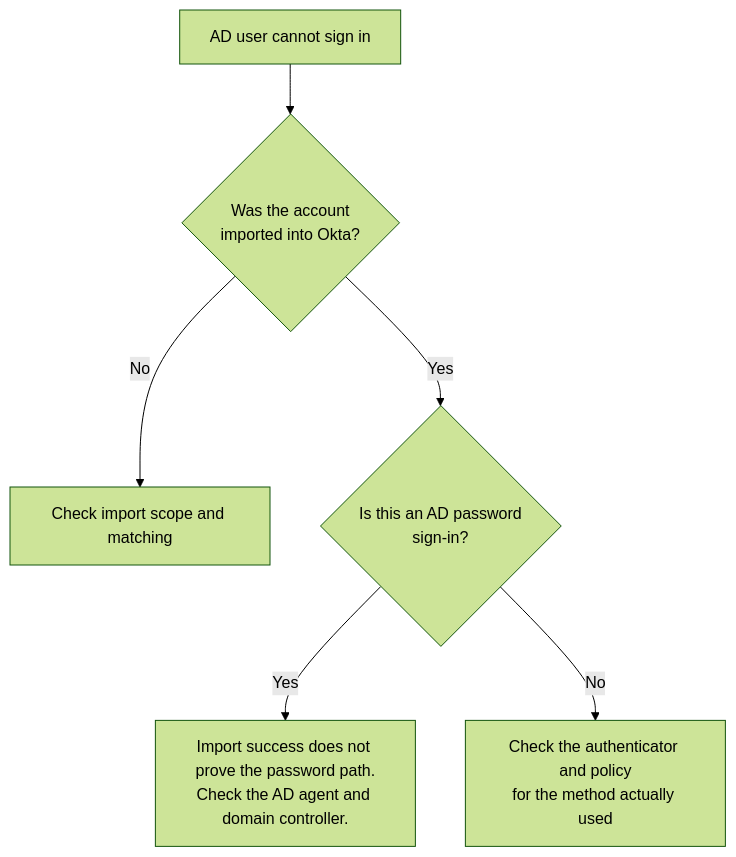
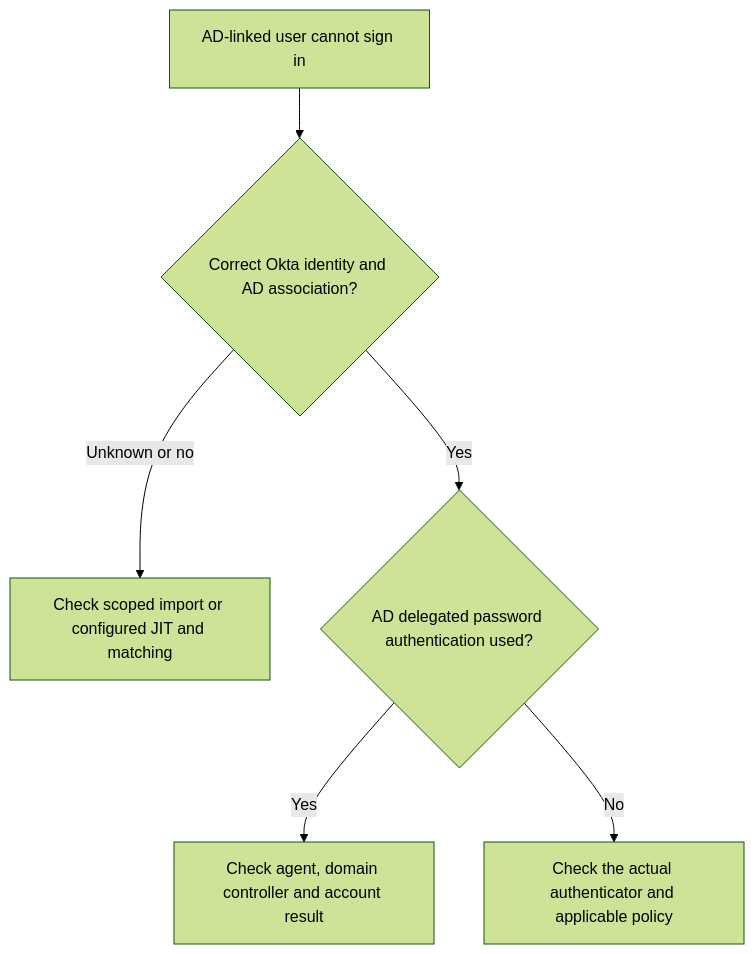
Before and after one commit to TedxHarry/Okta_Theory: the seventh of 7 diagrams in reference/troubleshooting-playbook.md, drawn with Mermaid (forest theme). The commit also changed other lines of this file and 63 other files, not shown here.

Commit message:
Clarify course references and repair Pages navigation and diagrams

````diff
--- a/reference/troubleshooting-playbook.md
+++ b/reference/troubleshooting-playbook.md
@@ -99,8 +113,8 @@
 ```mermaid
 flowchart TD
-  S["AD user cannot sign in"] --> Q1{"Was the account<br/>imported into Okta?"}
-  Q1 -->|No| A1["Check import scope and matching"]
-  Q1 -->|Yes| Q2{"Is this an AD password<br/>sign-in?"}
-  Q2 -->|Yes| A2["Import success does not prove the password path.<br/>Check the AD agent and domain controller."]
-  Q2 -->|No| A3["Check the authenticator and policy<br/>for the method actually used"]
+  S["AD-linked user cannot sign in"] --> Q1{"Correct Okta identity and AD association?"}
+  Q1 -->|Unknown or no| A1["Check scoped import or configured JIT and matching"]
+  Q1 -->|Yes| Q2{"AD delegated password authentication used?"}
+  Q2 -->|Yes| A2["Check agent, domain controller and account result"]
+  Q2 -->|No| A3["Check the actual authenticator and applicable policy"]
 ```
````
